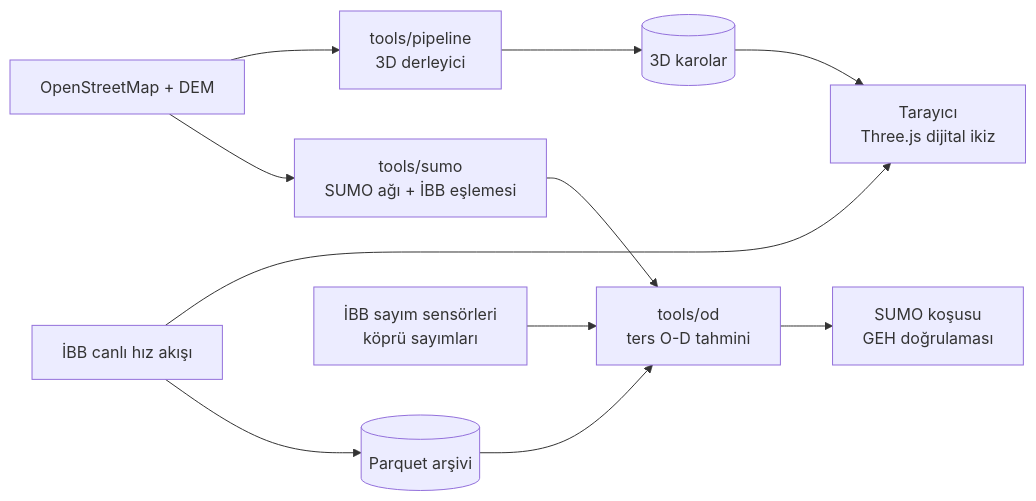
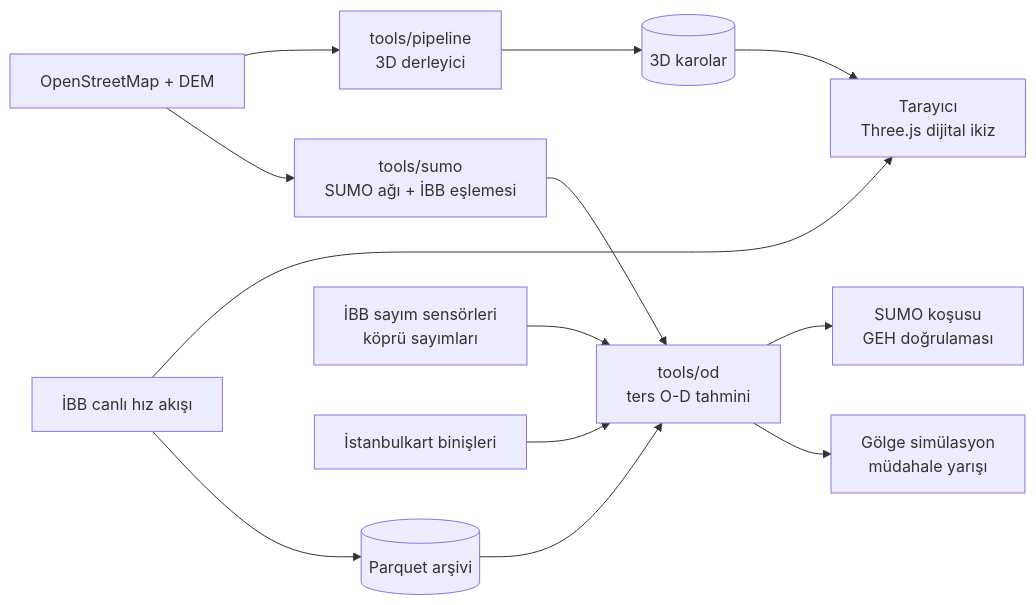
The diagram in README.md (aaasiroglu/procedural-istanbul), drawn with Mermaid before and after one commit. The commit also changed other lines of this file and 5 other files, not shown here.

````diff
--- a/README.md
+++ b/README.md
@@ -34,13 +34,15 @@
 ```mermaid
 flowchart LR
   OSM[OpenStreetMap + DEM] --> P[tools/pipeline<br/>3D derleyici]
   P --> T[(3D karolar)]
   T --> W[Tarayıcı<br/>Three.js dijital ikiz]
   IBB[İBB canlı hız akışı] --> W
   IBB --> A[(Parquet arşivi)]
   OSM --> S[tools/sumo<br/>SUMO ağı + İBB eşlemesi]
   A --> O[tools/od<br/>ters O-D tahmini]
   S --> O
   C[İBB sayım sensörleri<br/>köprü sayımları] --> O
+  K[İstanbulkart binişleri] --> O
   O --> R[SUMO koşusu<br/>GEH doğrulaması]
+  O --> G[Gölge simülasyon<br/>müdahale yarışı]
 ```
````
